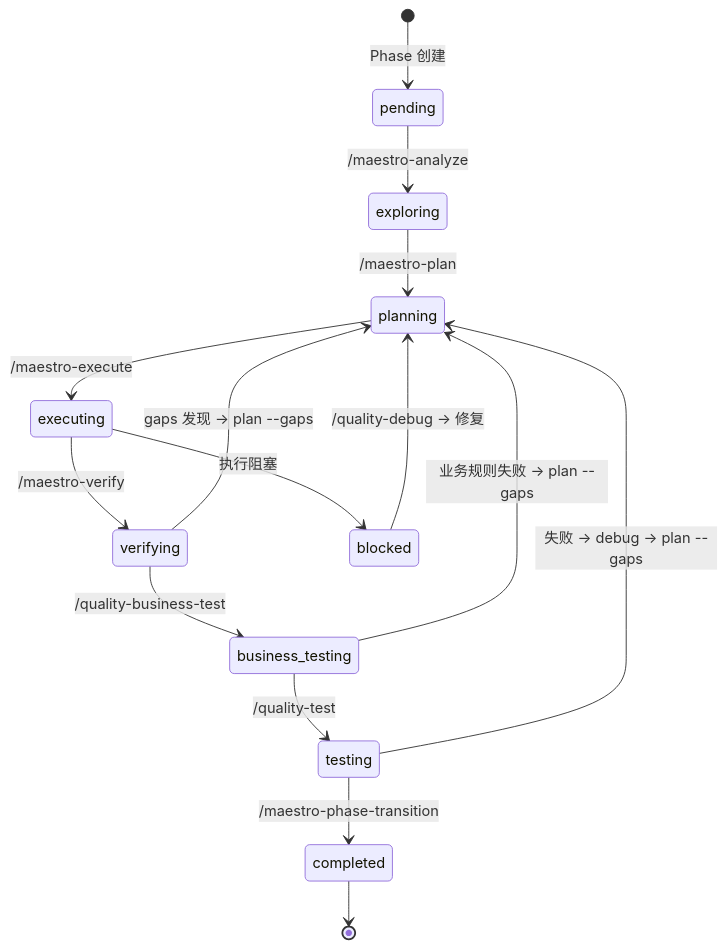
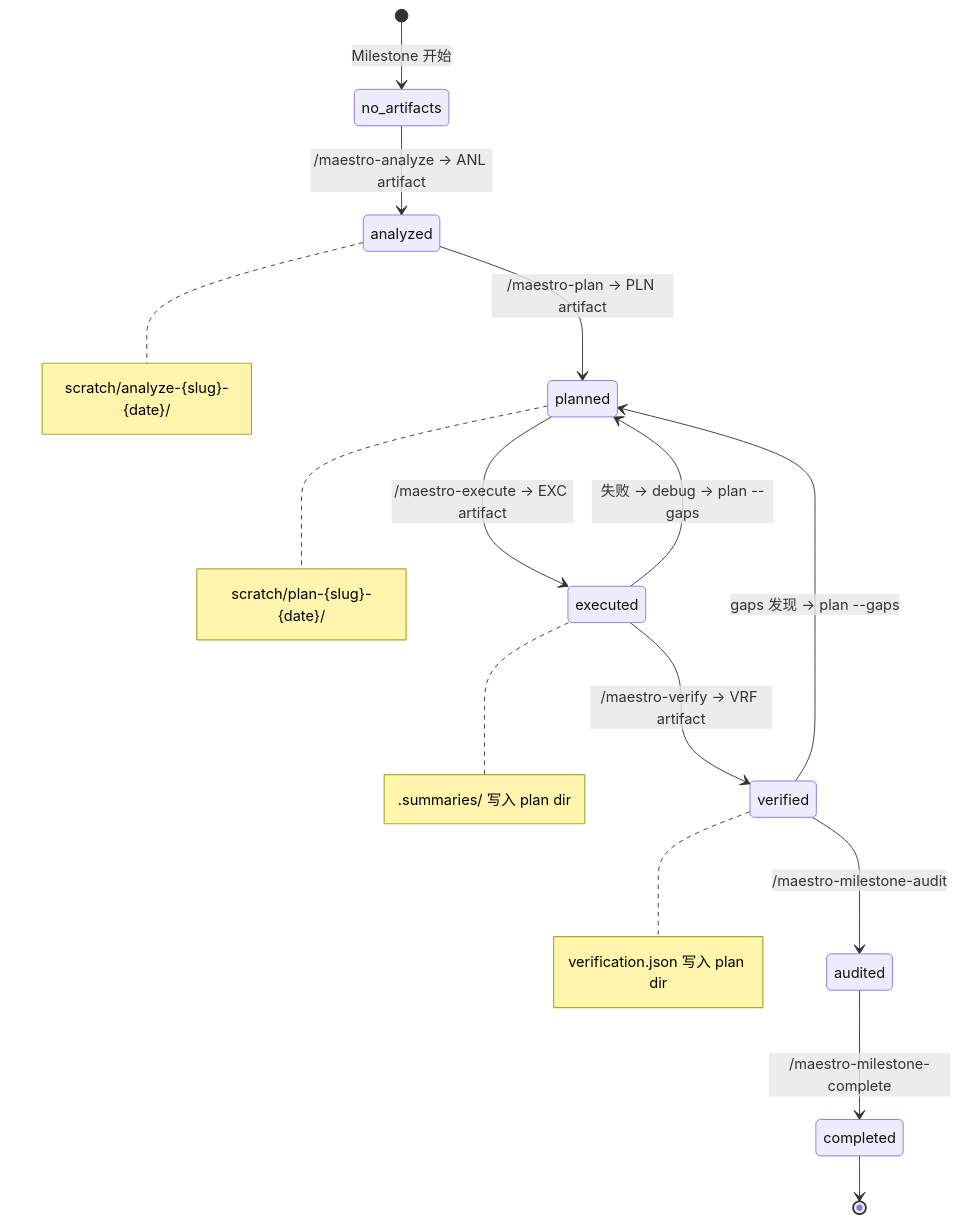
The fifth of 9 diagrams in guide/command-usage-guide.md (catlog22/maestro-flow), drawn with Mermaid before and after one commit. The commit also changed other lines of this file and 47 other files, not shown here.

First line of the commit message:
refactor: replace phase-directory model with scratch-based artifact registry

````diff
--- a/guide/command-usage-guide.md
+++ b/guide/command-usage-guide.md
@@ -225,18 +223,19 @@
 ```mermaid
 stateDiagram-v2
-    [*] --> pending: Phase 创建
-    pending --> exploring: /maestro-analyze
-    exploring --> planning: /maestro-plan
-    planning --> executing: /maestro-execute
-    executing --> verifying: /maestro-verify
-    verifying --> business_testing: /quality-business-test
-    business_testing --> testing: /quality-test
-    testing --> completed: /maestro-phase-transition
+    [*] --> no_artifacts: Milestone 开始
+    no_artifacts --> analyzed: /maestro-analyze → ANL artifact
+    analyzed --> planned: /maestro-plan → PLN artifact
+    planned --> executed: /maestro-execute → EXC artifact
+    executed --> verified: /maestro-verify → VRF artifact
+    verified --> audited: /maestro-milestone-audit
+    audited --> completed: /maestro-milestone-complete
     completed --> [*]
 
-    verifying --> planning: gaps 发现 → plan --gaps
-    business_testing --> planning: 业务规则失败 → plan --gaps
-    testing --> planning: 失败 → debug → plan --gaps
-    executing --> blocked: 执行阻塞
-    blocked --> planning: /quality-debug → 修复
+    verified --> planned: gaps 发现 → plan --gaps
+    executed --> planned: 失败 → debug → plan --gaps
+
+    note right of analyzed: scratch/analyze-{slug}-{date}/
+    note right of planned: scratch/plan-{slug}-{date}/
+    note right of executed: .summaries/ 写入 plan dir
+    note right of verified: verification.json 写入 plan dir
 ```
````
